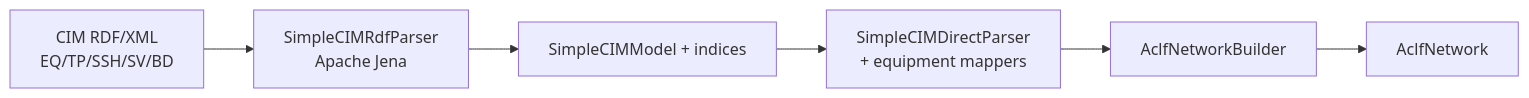
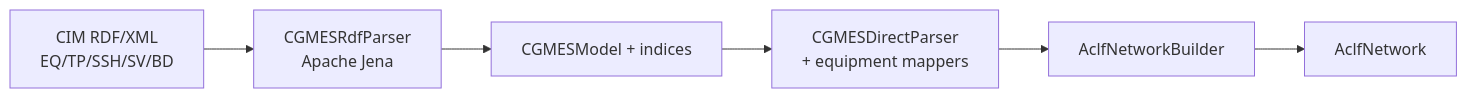
The third of 3 diagrams in docs/odm/file_adapter_odm_bypass_aclfnet-plan.md (InterPSS-Project/ipss-plugin), drawn with Mermaid before and after one commit. The commit also changed other lines of this file and 19 other files, not shown here.

````diff
--- a/docs/odm/file_adapter_odm_bypass_aclfnet-plan.md
+++ b/docs/odm/file_adapter_odm_bypass_aclfnet-plan.md
@@ -210,8 +210,8 @@
 ```mermaid
 flowchart LR
-  CimFiles["CIM RDF/XML\nEQ/TP/SSH/SV/BD"] --> Rdf["SimpleCIMRdfParser\nApache Jena"]
-  Rdf --> Model["SimpleCIMModel + indices"]
-  Model --> Direct["SimpleCIMDirectParser\n+ equipment mappers"]
+  CimFiles["CIM RDF/XML\nEQ/TP/SSH/SV/BD"] --> Rdf["CGMESRdfParser\nApache Jena"]
+  Rdf --> Model["CGMESModel + indices"]
+  Model --> Direct["CGMESDirectParser\n+ equipment mappers"]
   Direct --> Builder["AclfNetworkBuilder"]
   Builder --> Net["AclfNetwork"]
 ```
````
